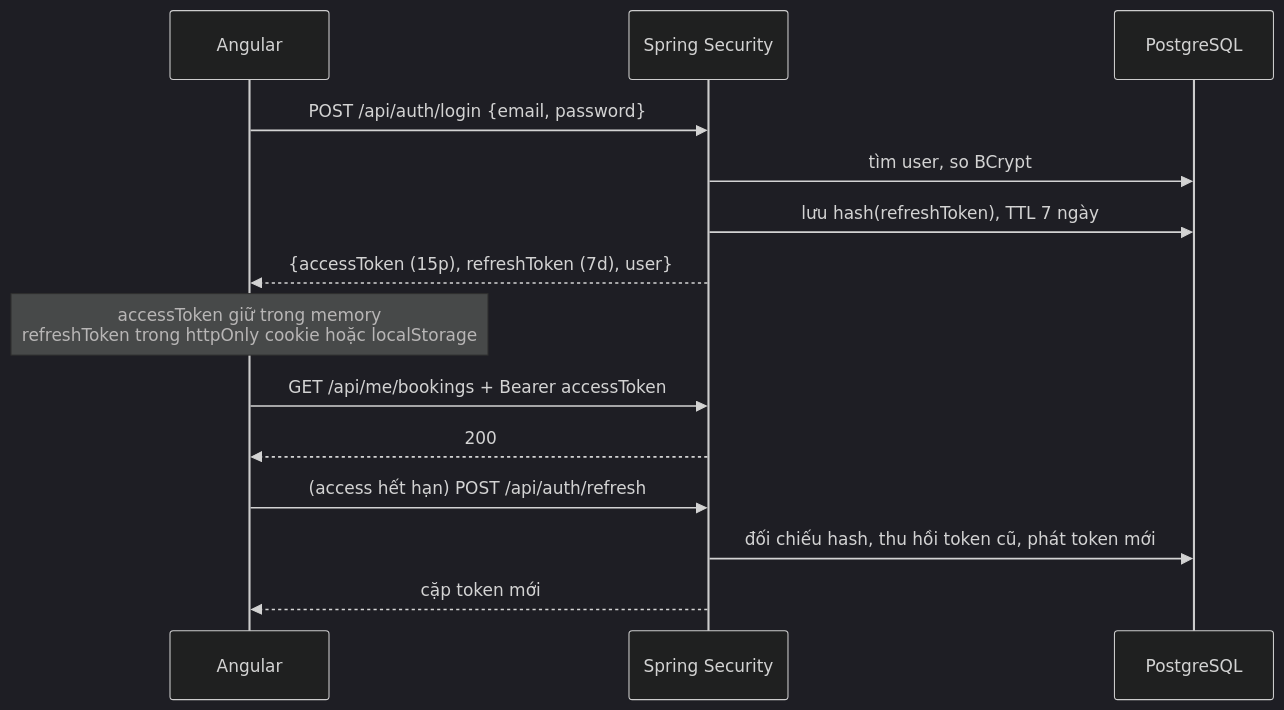
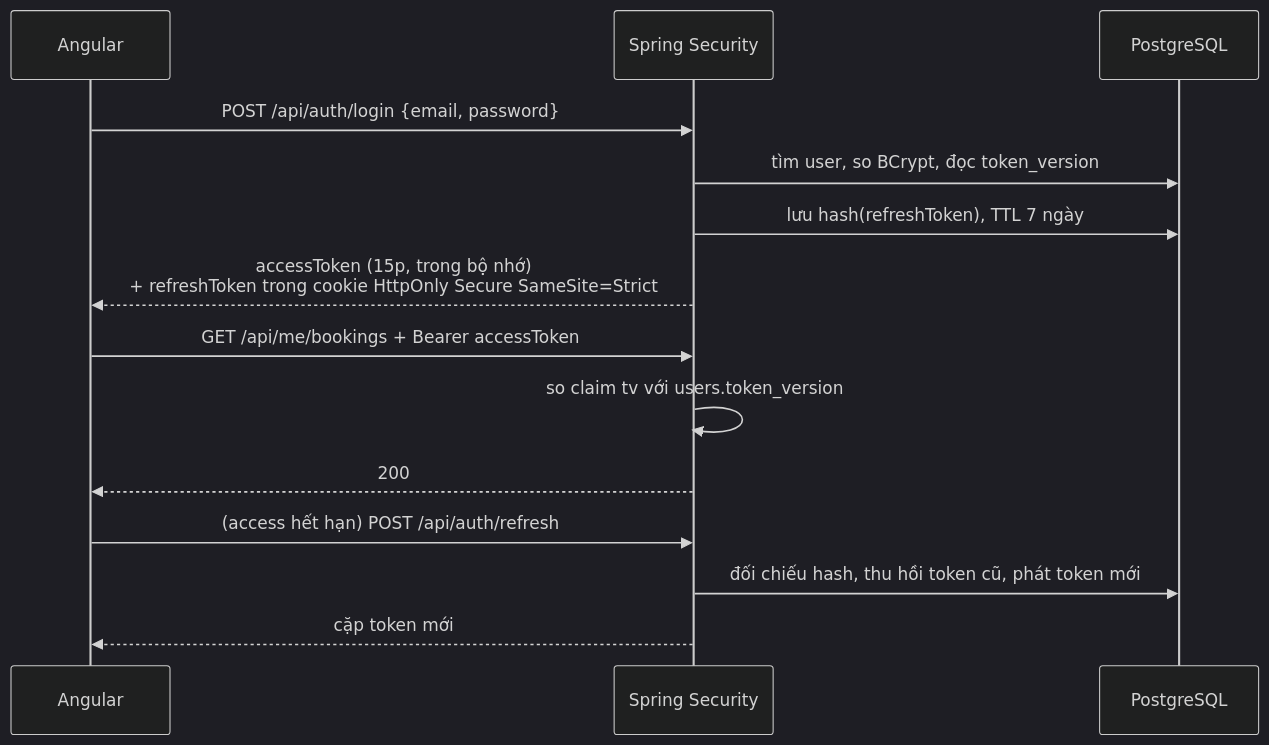
Before and after one commit to nhquan403/Project-Final-TVU: the diagram in plans/260907-1304-homestay-tvh-booking/phase-03-auth.md, drawn with Mermaid (dark theme). The commit also changed other lines of this file and 9 other files, not shown here.

````diff
--- a/plans/260907-1304-homestay-tvh-booking/phase-03-auth.md
+++ b/plans/260907-1304-homestay-tvh-booking/phase-03-auth.md
@@ -25,17 +25,17 @@
 ```mermaid
 sequenceDiagram
     participant FE as Angular
     participant API as Spring Security
     participant DB as PostgreSQL
 
     FE->>API: POST /api/auth/login {email, password}
-    API->>DB: tìm user, so BCrypt
+    API->>DB: tìm user, so BCrypt, đọc token_version
     API->>DB: lưu hash(refreshToken), TTL 7 ngày
-    API-->>FE: {accessToken (15p), refreshToken (7d), user}
-    Note over FE: accessToken giữ trong memory<br/>refreshToken trong httpOnly cookie hoặc localStorage
+    API-->>FE: accessToken (15p, trong bộ nhớ)<br/>+ refreshToken trong cookie HttpOnly Secure SameSite=Strict
     FE->>API: GET /api/me/bookings + Bearer accessToken
+    API->>API: so claim tv với users.token_version
     API-->>FE: 200
     FE->>API: (access hết hạn) POST /api/auth/refresh
     API->>DB: đối chiếu hash, thu hồi token cũ, phát token mới
     API-->>FE: cặp token mới
 ```
````
